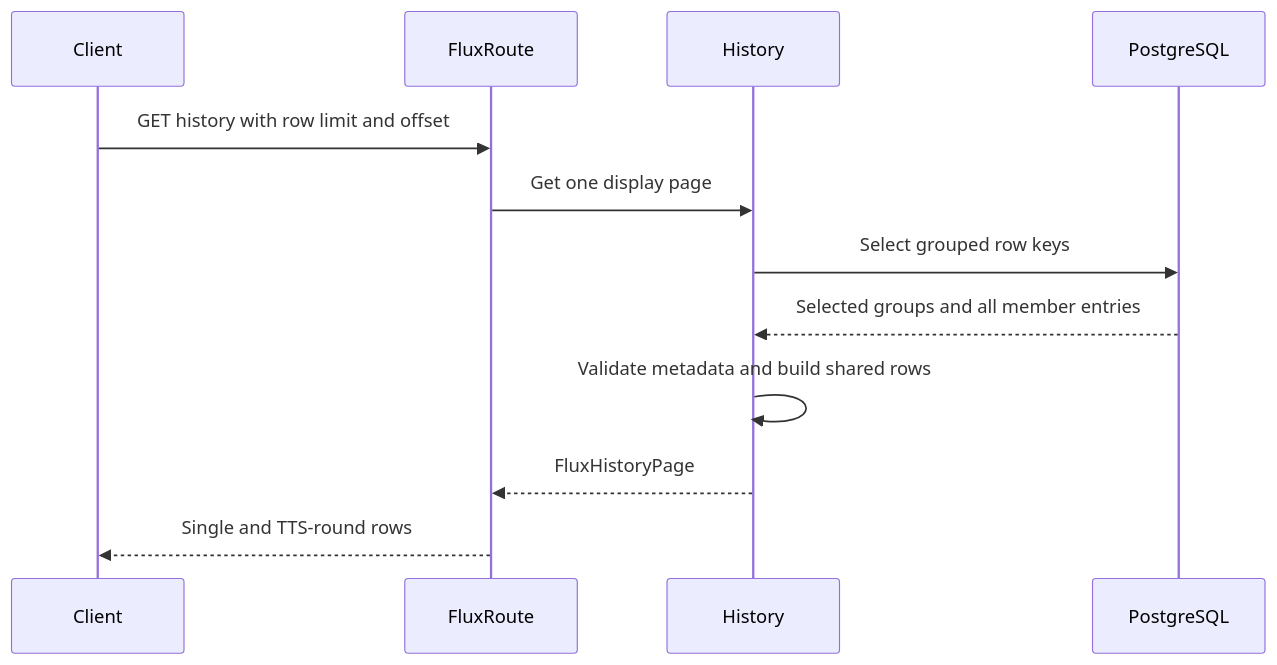
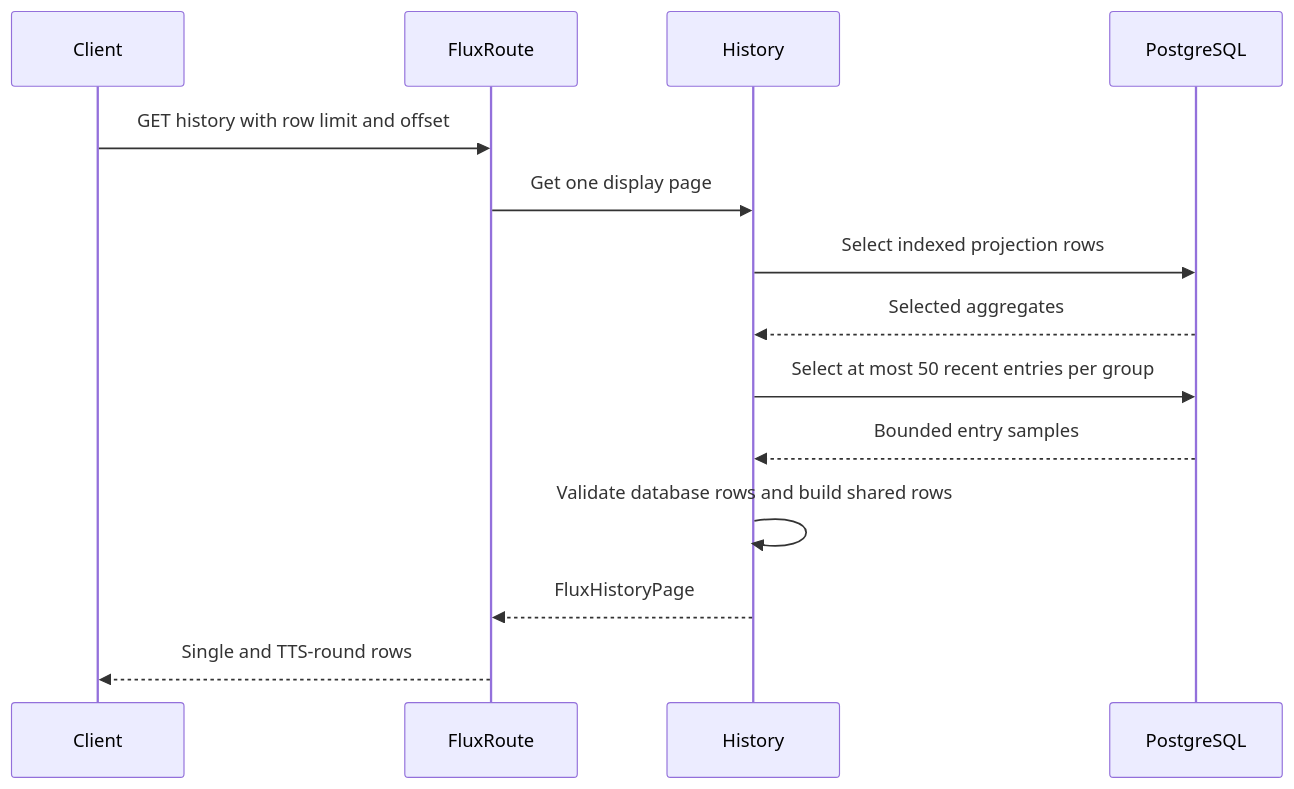
Before and after one commit to moeru-ai/airi: the third of 3 diagrams in server/docs/ai/adr/2026-09-17-tts-flux-history-read-model.md, drawn with Mermaid. The commit also changed other lines of this file and 11 other files, not shown here.

````diff
--- a/server/docs/ai/adr/2026-09-17-tts-flux-history-read-model.md
+++ b/server/docs/ai/adr/2026-09-17-tts-flux-history-read-model.md
@@ -167,14 +188,16 @@
 ```mermaid
 sequenceDiagram
   participant Client
   participant FluxRoute
   participant History
   participant PostgreSQL
   Client->>FluxRoute: GET history with row limit and offset
   FluxRoute->>History: Get one display page
-  History->>PostgreSQL: Select grouped row keys
-  PostgreSQL-->>History: Selected groups and all member entries
-  History->>History: Validate metadata and build shared rows
+  History->>PostgreSQL: Select indexed projection rows
+  PostgreSQL-->>History: Selected aggregates
+  History->>PostgreSQL: Select at most 50 recent entries per group
+  PostgreSQL-->>History: Bounded entry samples
+  History->>History: Validate database rows and build shared rows
   History-->>FluxRoute: FluxHistoryPage
   FluxRoute-->>Client: Single and TTS-round rows
 ```
````
